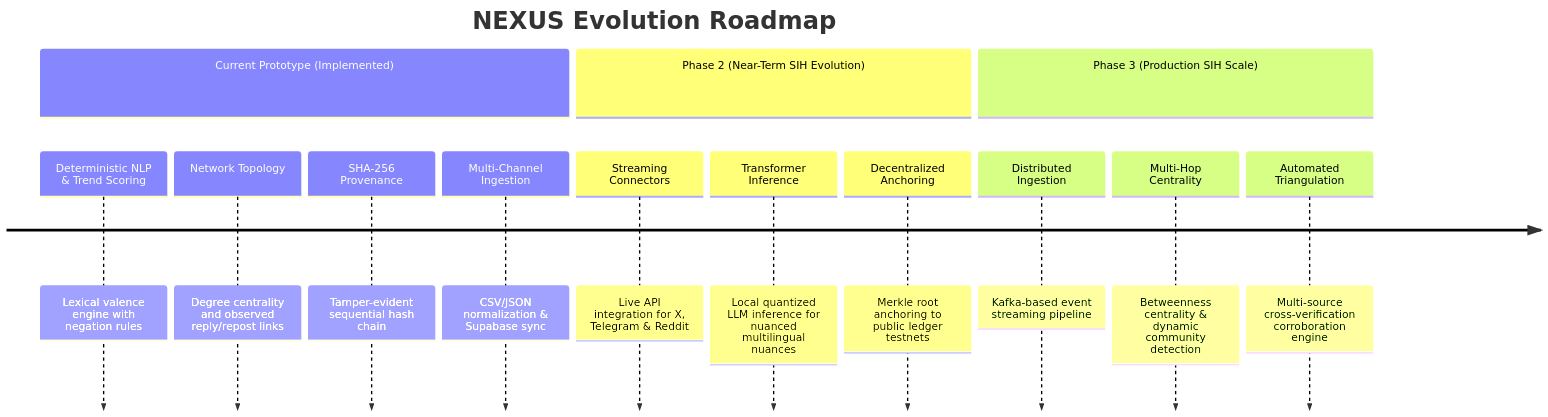
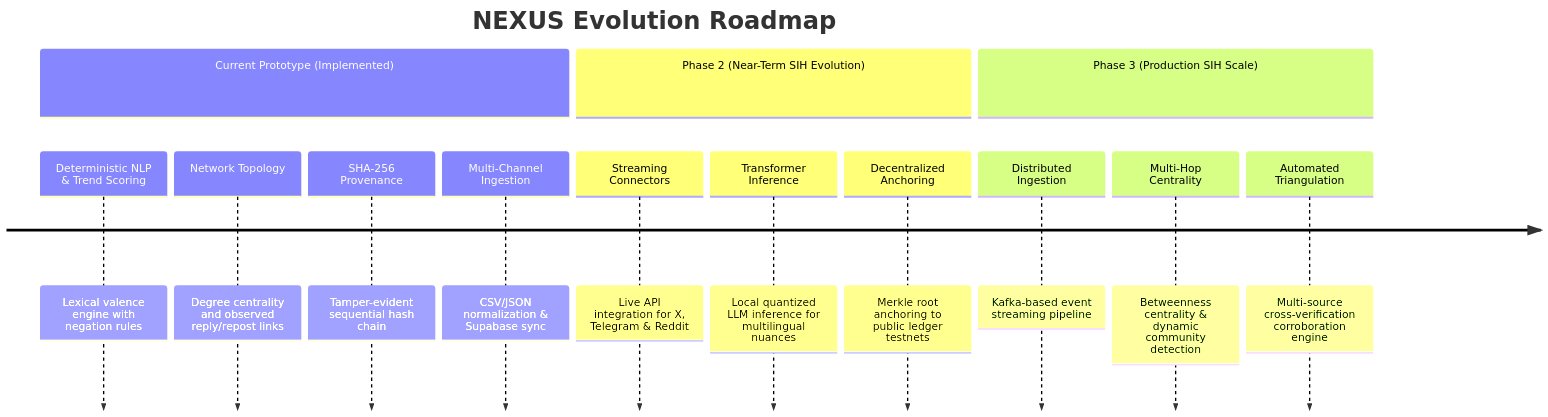
One commit to shiv-05-07/Nexus---Social-Media-Analytics changed the ninth of 9 diagrams in README.md. Above: the diagram before and after it, drawn with Mermaid. The commit also changed other lines of this file, not shown here.

````diff
--- a/README.md
+++ b/README.md
@@ -636,17 +713,17 @@
 ```mermaid
 timeline
     title NEXUS Evolution Roadmap
     section Current Prototype (Implemented)
         Deterministic NLP & Trend Scoring : Lexical valence engine with negation rules
         Network Topology : Degree centrality and observed reply/repost links
         SHA-256 Provenance : Tamper-evident sequential hash chain
         Multi-Channel Ingestion : CSV/JSON normalization & Supabase sync
     section Phase 2 (Near-Term SIH Evolution)
         Streaming Connectors : Live API integration for X, Telegram & Reddit
-        Transformer Inference : Local quantized LLM inference for nuanced multilingual nuances
+        Transformer Inference : Local quantized LLM inference for multilingual nuances
         Decentralized Anchoring : Merkle root anchoring to public ledger testnets
     section Phase 3 (Production SIH Scale)
         Distributed Ingestion : Kafka-based event streaming pipeline
         Multi-Hop Centrality : Betweenness centrality & dynamic community detection
         Automated Triangulation : Multi-source cross-verification corroboration engine
 ```
````
